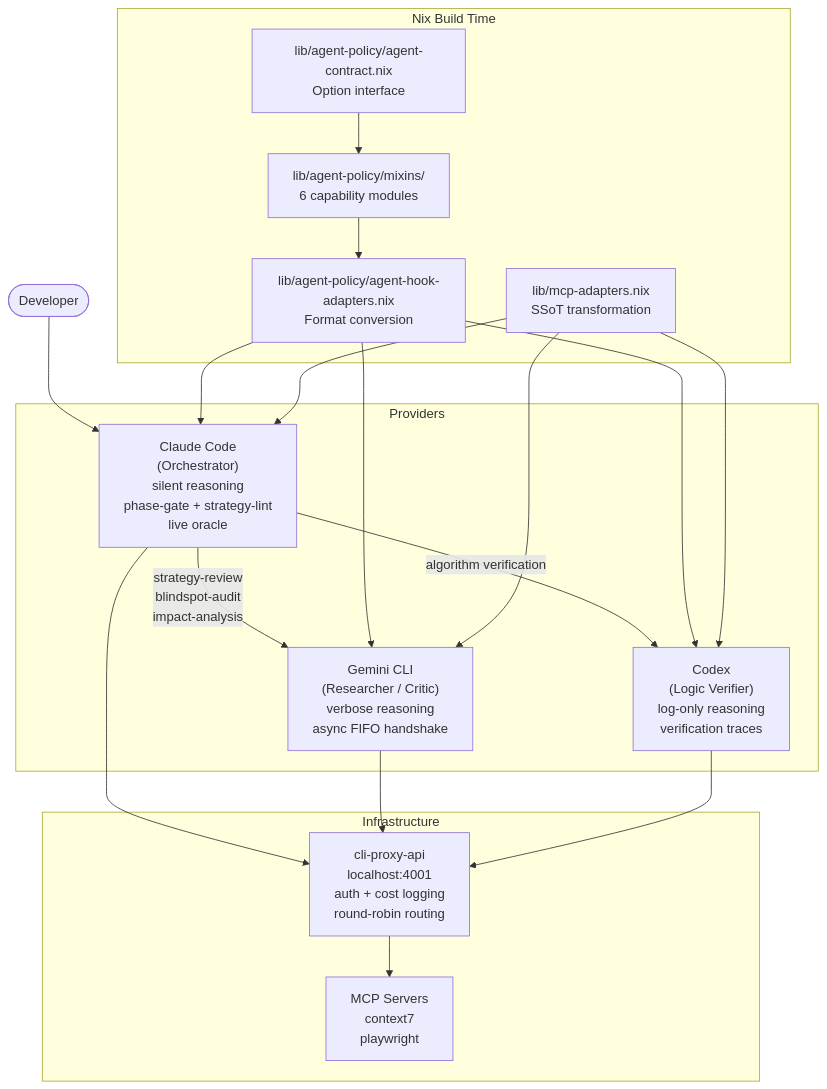
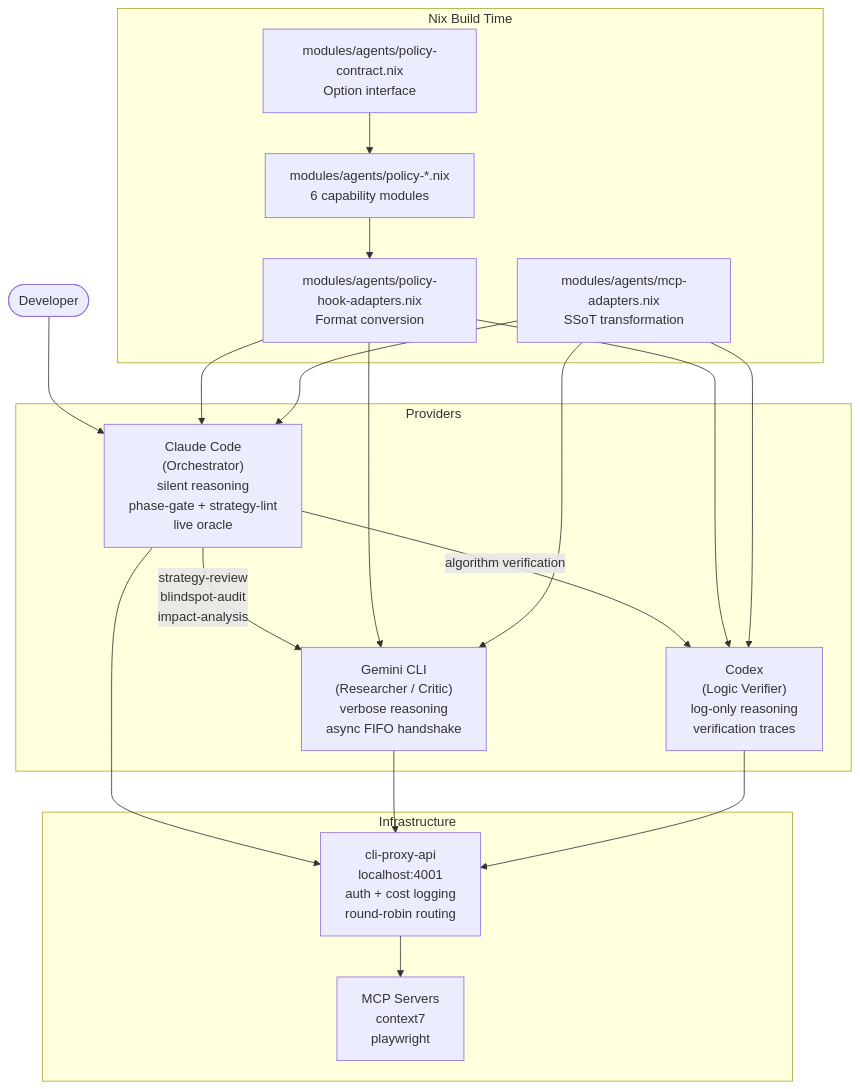
One commit to vanillacake369/tonys-nix changed the diagram in docs/agents/overview.md. Above: the diagram before and after it, drawn with Mermaid. The commit also changed other lines of this file and 17 other files, not shown here.

Commit message:
docs : sync to new lib + flat policy-*.nix + domain co-location architecture

````diff
--- a/docs/agents/overview.md
+++ b/docs/agents/overview.md
@@ -7,39 +7,39 @@
 ```mermaid
 graph TD
     User([Developer])
 
     subgraph Providers
         Claude["Claude Code\n(Orchestrator)\nsilent reasoning\nphase-gate + strategy-lint\nlive oracle"]
         Gemini["Gemini CLI\n(Researcher / Critic)\nverbose reasoning\nasync FIFO handshake"]
         Codex["Codex\n(Logic Verifier)\nlog-only reasoning\nverification traces"]
     end
 
     subgraph Infrastructure
         Proxy["cli-proxy-api\nlocalhost:4001\nauth + cost logging\nround-robin routing"]
         MCP["MCP Servers\ncontext7\nplaywright"]
     end
 
     subgraph NixBuildTime["Nix Build Time"]
-        Contract["lib/agent-policy/agent-contract.nix\nOption interface"]
-        Mixins["lib/agent-policy/mixins/\n6 capability modules"]
-        HookAdapters["lib/agent-policy/agent-hook-adapters.nix\nFormat conversion"]
-        MCPAdapters["lib/mcp-adapters.nix\nSSoT transformation"]
+        Contract["modules/agents/policy-contract.nix\nOption interface"]
+        Mixins["modules/agents/policy-*.nix\n6 capability modules"]
+        HookAdapters["modules/agents/policy-hook-adapters.nix\nFormat conversion"]
+        MCPAdapters["modules/agents/mcp-adapters.nix\nSSoT transformation"]
     end
 
     User --> Claude
     Claude -->|"strategy-review\nblindspot-audit\nimpact-analysis"| Gemini
     Claude -->|"algorithm verification"| Codex
     Claude --> Proxy
     Gemini --> Proxy
     Codex --> Proxy
     Proxy --> MCP
 
     Contract --> Mixins
     Mixins --> HookAdapters
     HookAdapters --> Claude
     HookAdapters --> Gemini
     HookAdapters --> Codex
     MCPAdapters --> Claude
     MCPAdapters --> Gemini
     MCPAdapters --> Codex
 ```
````
